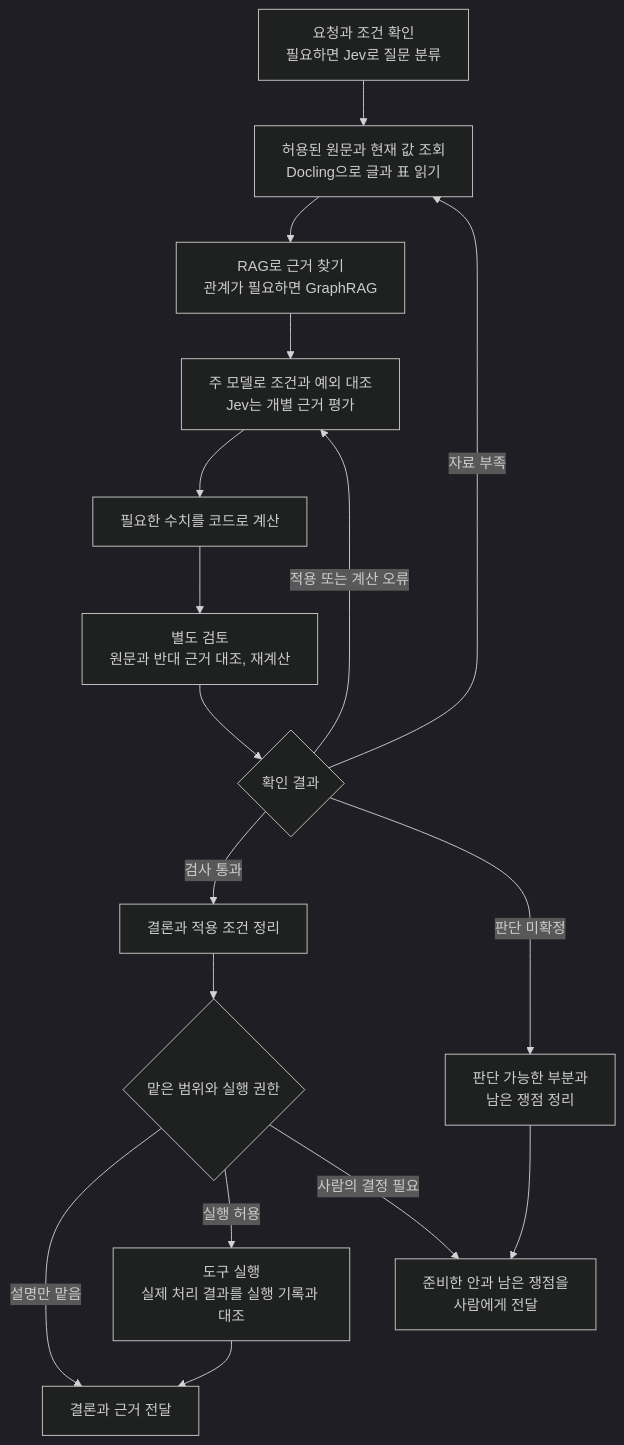
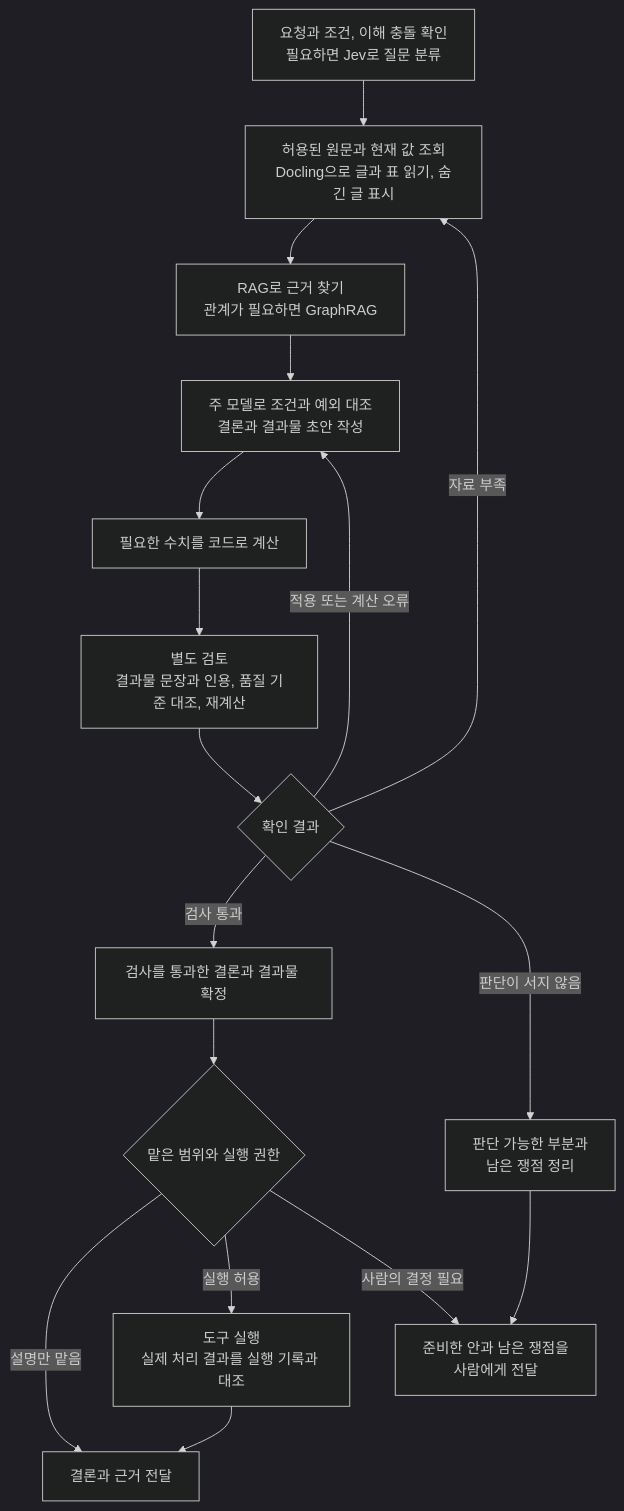
The diagram in 전문 판단의 신뢰성.md (harisbaguette/expert), drawn with Mermaid (dark theme) before and after one commit. The commit also changed other lines of this file, not shown here.

````diff
--- a/전문 판단의 신뢰성.md
+++ b/전문 판단의 신뢰성.md
@@ -430,19 +448,19 @@
 ```mermaid
 flowchart TB
-    A[요청과 조건 확인<br/>필요하면 Jev로 질문 분류] --> B[허용된 원문과 현재 값 조회<br/>Docling으로 글과 표 읽기]
+    A[요청과 조건, 이해 충돌 확인<br/>필요하면 Jev로 질문 분류] --> B[허용된 원문과 현재 값 조회<br/>Docling으로 글과 표 읽기, 숨긴 글 표시]
     B --> C[RAG로 근거 찾기<br/>관계가 필요하면 GraphRAG]
-    C --> D[주 모델로 조건과 예외 대조<br/>Jev는 개별 근거 평가]
+    C --> D[주 모델로 조건과 예외 대조<br/>결론과 결과물 초안 작성]
     D --> E[필요한 수치를 코드로 계산]
-    E --> F[별도 검토<br/>원문과 반대 근거 대조, 재계산]
+    E --> F[별도 검토<br/>결과물 문장과 인용, 품질 기준 대조, 재계산]
     F --> G{확인 결과}
     G -->|자료 부족| B
     G -->|적용 또는 계산 오류| D
-    G -->|검사 통과| H[결론과 적용 조건 정리]
-    G -->|판단 미확정| I[판단 가능한 부분과<br/>남은 쟁점 정리]
+    G -->|검사 통과| H[검사를 통과한 결론과 결과물 확정]
+    G -->|판단이 서지 않음| I[판단 가능한 부분과<br/>남은 쟁점 정리]
     H --> J{맡은 범위와 실행 권한}
     J -->|설명만 맡음| L[결론과 근거 전달]
     J -->|실행 허용| K[도구 실행<br/>실제 처리 결과를 실행 기록과 대조]
     J -->|사람의 결정 필요| M[준비한 안과 남은 쟁점을<br/>사람에게 전달]
     K --> L
     I --> M
 ```
````
